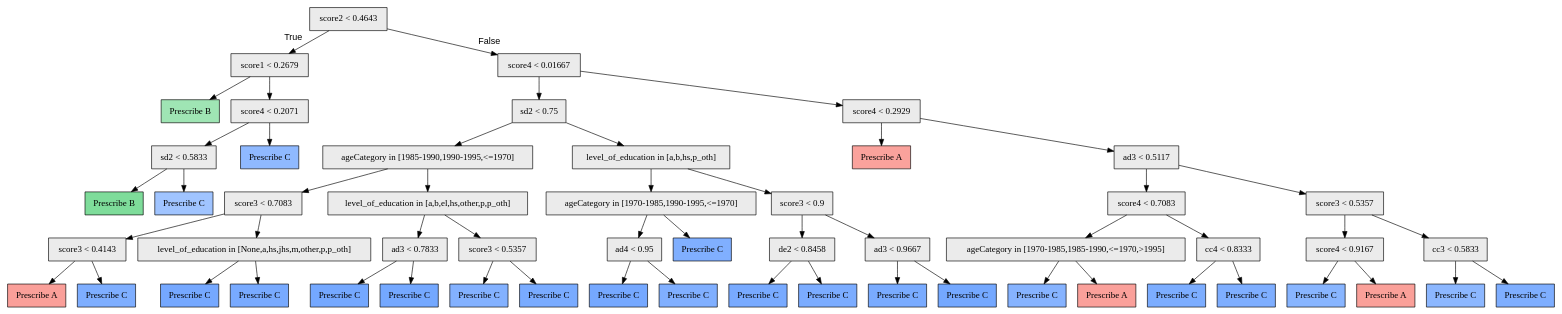
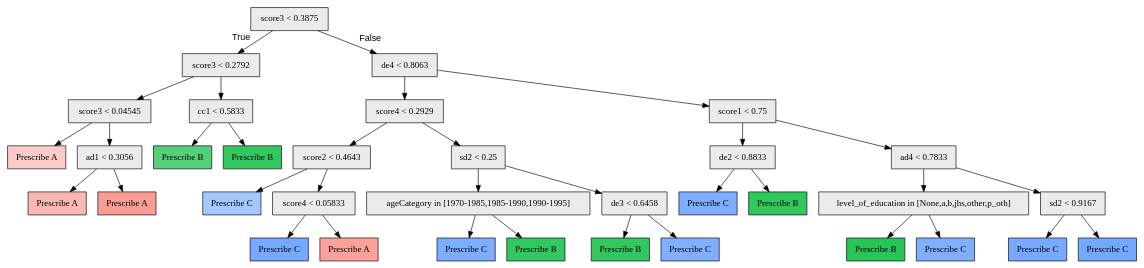
The diagram in python/model/3/rts/pytree.dot (galitLukin/PersonalizedLearning), drawn with Graphviz before and after one commit. The commit also changed 13 other files, not shown here.

```diff
--- a/python/model/3/rts/pytree.dot
+++ b/python/model/3/rts/pytree.dot
@@ -1,111 +1,71 @@
 digraph "G" {
-1 [fillcolor="#EBEBEB", fontname="bold arial", label="score2 &lt; 0.4643", shape=box, style="filled"];
-2 [fillcolor="#EBEBEB", fontname="bold arial", label="score1 &lt; 0.2679", shape=box, style="filled"];
-3 [color=black, fillcolor="#00BA3860", fontname="bold arial", label="Prescribe B", shape=box, style="filled"];
-4 [fillcolor="#EBEBEB", fontname="bold arial", label="score4 &lt; 0.2071", shape=box, style="filled"];
-5 [fillcolor="#EBEBEB", fontname="bold arial", label="sd2 &lt; 0.5833", shape=box, style="filled"];
-6 [color=black, fillcolor="#00BA3881", fontname="bold arial", label="Prescribe B", shape=box, style="filled"];
-7 [color=black, fillcolor="#619CFF98", fontname="bold arial", label="Prescribe C", shape=box, style="filled"];
-8 [color=black, fillcolor="#619CFFb4", fontname="bold arial", label="Prescribe C", shape=box, style="filled"];
-9 [fillcolor="#EBEBEB", fontname="bold arial", label="score4 &lt; 0.01667", shape=box, style="filled"];
-10 [fillcolor="#EBEBEB", fontname="bold arial", label="sd2 &lt; 0.75", shape=box, style="filled"];
-11 [fillcolor="#EBEBEB", fontname="bold arial", label="ageCategory in [1985-1990,1990-1995,&lt;=1970]", shape=box, style="filled"];
-12 [fillcolor="#EBEBEB", fontname="bold arial", label="score3 &lt; 0.7083", shape=box, style="filled"];
-13 [fillcolor="#EBEBEB", fontname="bold arial", label="score3 &lt; 0.4143", shape=box, style="filled"];
-14 [color=black, fillcolor="#F8766Db2", fontname="bold arial", label="Prescribe A", shape=box, style="filled"];
-15 [color=black, fillcolor="#619CFFd0", fontname="bold arial", label="Prescribe C", shape=box, style="filled"];
-16 [fillcolor="#EBEBEB", fontname="bold arial", label="level_of_education in [None,a,hs,jhs,m,other,p,p_oth]", shape=box, style="filled"];
-17 [color=black, fillcolor="#619CFFde", fontname="bold arial", label="Prescribe C", shape=box, style="filled"];
-18 [color=black, fillcolor="#619CFFd9", fontname="bold arial", label="Prescribe C", shape=box, style="filled"];
-19 [fillcolor="#EBEBEB", fontname="bold arial", label="level_of_education in [a,b,el,hs,other,p,p_oth]", shape=box, style="filled"];
-20 [fillcolor="#EBEBEB", fontname="bold arial", label="ad3 &lt; 0.7833", shape=box, style="filled"];
-21 [color=black, fillcolor="#619CFFdf", fontname="bold arial", label="Prescribe C", shape=box, style="filled"];
-22 [color=black, fillcolor="#619CFFdf", fontname="bold arial", label="Prescribe C", shape=box, style="filled"];
-23 [fillcolor="#EBEBEB", fontname="bold arial", label="score3 &lt; 0.5357", shape=box, style="filled"];
-24 [color=black, fillcolor="#619CFFc7", fontname="bold arial", label="Prescribe C", shape=box, style="filled"];
-25 [color=black, fillcolor="#619CFFd7", fontname="bold arial", label="Prescribe C", shape=box, style="filled"];
-26 [fillcolor="#EBEBEB", fontname="bold arial", label="level_of_education in [a,b,hs,p_oth]", shape=box, style="filled"];
-27 [fillcolor="#EBEBEB", fontname="bold arial", label="ageCategory in [1970-1985,1990-1995,&lt;=1970]", shape=box, style="filled"];
-28 [fillcolor="#EBEBEB", fontname="bold arial", label="ad4 &lt; 0.95", shape=box, style="filled"];
-29 [color=black, fillcolor="#619CFFde", fontname="bold arial", label="Prescribe C", shape=box, style="filled"];
-30 [color=black, fillcolor="#619CFFcd", fontname="bold arial", label="Prescribe C", shape=box, style="filled"];
-31 [color=black, fillcolor="#619CFFcd", fontname="bold arial", label="Prescribe C", shape=box, style="filled"];
-32 [fillcolor="#EBEBEB", fontname="bold arial", label="score3 &lt; 0.9", shape=box, style="filled"];
-33 [fillcolor="#EBEBEB", fontname="bold arial", label="de2 &lt; 0.8458", shape=box, style="filled"];
-34 [color=black, fillcolor="#619CFFd9", fontname="bold arial", label="Prescribe C", shape=box, style="filled"];
-35 [color=black, fillcolor="#619CFFd4", fontname="bold arial", label="Prescribe C", shape=box, style="filled"];
-36 [fillcolor="#EBEBEB", fontname="bold arial", label="ad3 &lt; 0.9667", shape=box, style="filled"];
-37 [color=black, fillcolor="#619CFFd7", fontname="bold arial", label="Prescribe C", shape=box, style="filled"];
-38 [color=black, fillcolor="#619CFFdf", fontname="bold arial", label="Prescribe C", shape=box, style="filled"];
-39 [fillcolor="#EBEBEB", fontname="bold arial", label="score4 &lt; 0.2929", shape=box, style="filled"];
-40 [color=black, fillcolor="#F8766Dad", fontname="bold arial", label="Prescribe A", shape=box, style="filled"];
-41 [fillcolor="#EBEBEB", fontname="bold arial", label="ad3 &lt; 0.5117", shape=box, style="filled"];
-42 [fillcolor="#EBEBEB", fontname="bold arial", label="score4 &lt; 0.7083", shape=box, style="filled"];
-43 [fillcolor="#EBEBEB", fontname="bold arial", label="ageCategory in [1970-1985,1985-1990,&lt;=1970,&gt;1995]", shape=box, style="filled"];
-44 [color=black, fillcolor="#619CFFc2", fontname="bold arial", label="Prescribe C", shape=box, style="filled"];
-45 [color=black, fillcolor="#F8766Db0", fontname="bold arial", label="Prescribe A", shape=box, style="filled"];
-46 [fillcolor="#EBEBEB", fontname="bold arial", label="cc4 &lt; 0.8333", shape=box, style="filled"];
-47 [color=black, fillcolor="#619CFFd3", fontname="bold arial", label="Prescribe C", shape=box, style="filled"];
-48 [color=black, fillcolor="#619CFFd0", fontname="bold arial", label="Prescribe C", shape=box, style="filled"];
-49 [fillcolor="#EBEBEB", fontname="bold arial", label="score3 &lt; 0.5357", shape=box, style="filled"];
-50 [fillcolor="#EBEBEB", fontname="bold arial", label="score4 &lt; 0.9167", shape=box, style="filled"];
-51 [color=black, fillcolor="#619CFFbf", fontname="bold arial", label="Prescribe C", shape=box, style="filled"];
-52 [color=black, fillcolor="#F8766Db1", fontname="bold arial", label="Prescribe A", shape=box, style="filled"];
-53 [fillcolor="#EBEBEB", fontname="bold arial", label="cc3 &lt; 0.5833", shape=box, style="filled"];
-54 [color=black, fillcolor="#619CFFb9", fontname="bold arial", label="Prescribe C", shape=box, style="filled"];
-55 [color=black, fillcolor="#619CFFd0", fontname="bold arial", label="Prescribe C", shape=box, style="filled"];
+1 [fillcolor="#EBEBEB", fontname="bold arial", label="score3 &lt; 0.3875", shape=box, style="filled"];
+2 [fillcolor="#EBEBEB", fontname="bold arial", label="score3 &lt; 0.2792", shape=box, style="filled"];
+3 [fillcolor="#EBEBEB", fontname="bold arial", label="score3 &lt; 0.04545", shape=box, style="filled"];
+4 [color=black, fillcolor="#F8766D60", fontname="bold arial", label="Prescribe A", shape=box, style="filled"];
+5 [fillcolor="#EBEBEB", fontname="bold arial", label="ad1 &lt; 0.3056", shape=box, style="filled"];
+6 [color=black, fillcolor="#F8766D84", fontname="bold arial", label="Prescribe A", shape=box, style="filled"];
+7 [color=black, fillcolor="#F8766Dba", fontname="bold arial", label="Prescribe A", shape=box, style="filled"];
+8 [fillcolor="#EBEBEB", fontname="bold arial", label="cc1 &lt; 0.5833", shape=box, style="filled"];
+9 [color=black, fillcolor="#00BA38ac", fontname="bold arial", label="Prescribe B", shape=box, style="filled"];
+10 [color=black, fillcolor="#00BA38cd", fontname="bold arial", label="Prescribe B", shape=box, style="filled"];
+11 [fillcolor="#EBEBEB", fontname="bold arial", label="de4 &lt; 0.8063", shape=box, style="filled"];
+12 [fillcolor="#EBEBEB", fontname="bold arial", label="score4 &lt; 0.2929", shape=box, style="filled"];
+13 [fillcolor="#EBEBEB", fontname="bold arial", label="score2 &lt; 0.4643", shape=box, style="filled"];
+14 [color=black, fillcolor="#619CFF90", fontname="bold arial", label="Prescribe C", shape=box, style="filled"];
+15 [fillcolor="#EBEBEB", fontname="bold arial", label="score4 &lt; 0.05833", shape=box, style="filled"];
+16 [color=black, fillcolor="#619CFFdc", fontname="bold arial", label="Prescribe C", shape=box, style="filled"];
+17 [color=black, fillcolor="#F8766Dae", fontname="bold arial", label="Prescribe A", shape=box, style="filled"];
+18 [fillcolor="#EBEBEB", fontname="bold arial", label="sd2 &lt; 0.25", shape=box, style="filled"];
+19 [fillcolor="#EBEBEB", fontname="bold arial", label="ageCategory in [1970-1985,1985-1990,1990-1995]", shape=box, style="filled"];
+20 [color=black, fillcolor="#619CFFd3", fontname="bold arial", label="Prescribe C", shape=box, style="filled"];
+21 [color=black, fillcolor="#00BA38cd", fontname="bold arial", label="Prescribe B", shape=box, style="filled"];
+22 [fillcolor="#EBEBEB", fontname="bold arial", label="de3 &lt; 0.6458", shape=box, style="filled"];
+23 [color=black, fillcolor="#00BA38cd", fontname="bold arial", label="Prescribe B", shape=box, style="filled"];
+24 [color=black, fillcolor="#619CFFcc", fontname="bold arial", label="Prescribe C", shape=box, style="filled"];
+25 [fillcolor="#EBEBEB", fontname="bold arial", label="score1 &lt; 0.75", shape=box, style="filled"];
+26 [fillcolor="#EBEBEB", fontname="bold arial", label="de2 &lt; 0.8833", shape=box, style="filled"];
+27 [color=black, fillcolor="#619CFFd3", fontname="bold arial", label="Prescribe C", shape=box, style="filled"];
+28 [color=black, fillcolor="#00BA38cf", fontname="bold arial", label="Prescribe B", shape=box, style="filled"];
+29 [fillcolor="#EBEBEB", fontname="bold arial", label="ad4 &lt; 0.7833", shape=box, style="filled"];
+30 [fillcolor="#EBEBEB", fontname="bold arial", label="level_of_education in [None,a,b,jhs,other,p_oth]", shape=box, style="filled"];
+31 [color=black, fillcolor="#00BA38d7", fontname="bold arial", label="Prescribe B", shape=box, style="filled"];
+32 [color=black, fillcolor="#619CFFcc", fontname="bold arial", label="Prescribe C", shape=box, style="filled"];
+33 [fillcolor="#EBEBEB", fontname="bold arial", label="sd2 &lt; 0.9167", shape=box, style="filled"];
+34 [color=black, fillcolor="#619CFFdd", fontname="bold arial", label="Prescribe C", shape=box, style="filled"];
+35 [color=black, fillcolor="#619CFFdf", fontname="bold arial", label="Prescribe C", shape=box, style="filled"];
 1 -> 2  [fontname="arial", headlabel="True", key=0, labelangle=45, labeldistance="2.5"];
-1 -> 9  [fontname="arial", headlabel="False", key=0, labelangle="-45", labeldistance="2.5"];
+1 -> 11  [fontname="arial", headlabel="False", key=0, labelangle="-45", labeldistance="2.5"];
 2 -> 3  [key=0];
-2 -> 4  [key=0];
-4 -> 5  [key=0];
-4 -> 8  [key=0];
+2 -> 8  [key=0];
+3 -> 4  [key=0];
+3 -> 5  [key=0];
 5 -> 6  [key=0];
 5 -> 7  [key=0];
-9 -> 10  [key=0];
-9 -> 39  [key=0];
-10 -> 11  [key=0];
-10 -> 26  [key=0];
+8 -> 9  [key=0];
+8 -> 10  [key=0];
 11 -> 12  [key=0];
-11 -> 19  [key=0];
+11 -> 25  [key=0];
 12 -> 13  [key=0];
-12 -> 16  [key=0];
+12 -> 18  [key=0];
 13 -> 14  [key=0];
 13 -> 15  [key=0];
-16 -> 17  [key=0];
-16 -> 18  [key=0];
+15 -> 16  [key=0];
+15 -> 17  [key=0];
+18 -> 19  [key=0];
+18 -> 22  [key=0];
 19 -> 20  [key=0];
-19 -> 23  [key=0];
-20 -> 21  [key=0];
-20 -> 22  [key=0];
-23 -> 24  [key=0];
-23 -> 25  [key=0];
+19 -> 21  [key=0];
+22 -> 23  [key=0];
+22 -> 24  [key=0];
+25 -> 26  [key=0];
+25 -> 29  [key=0];
 26 -> 27  [key=0];
-26 -> 32  [key=0];
-27 -> 28  [key=0];
-27 -> 31  [key=0];
-28 -> 29  [key=0];
-28 -> 30  [key=0];
-32 -> 33  [key=0];
-32 -> 36  [key=0];
+26 -> 28  [key=0];
+29 -> 30  [key=0];
+29 -> 33  [key=0];
+30 -> 31  [key=0];
+30 -> 32  [key=0];
 33 -> 34  [key=0];
 33 -> 35  [key=0];
-36 -> 37  [key=0];
-36 -> 38  [key=0];
-39 -> 40  [key=0];
-39 -> 41  [key=0];
-41 -> 42  [key=0];
-41 -> 49  [key=0];
-42 -> 43  [key=0];
-42 -> 46  [key=0];
-43 -> 44  [key=0];
-43 -> 45  [key=0];
-46 -> 47  [key=0];
-46 -> 48  [key=0];
-49 -> 50  [key=0];
-49 -> 53  [key=0];
-50 -> 51  [key=0];
-50 -> 52  [key=0];
-53 -> 54  [key=0];
-53 -> 55  [key=0];
 }
```
